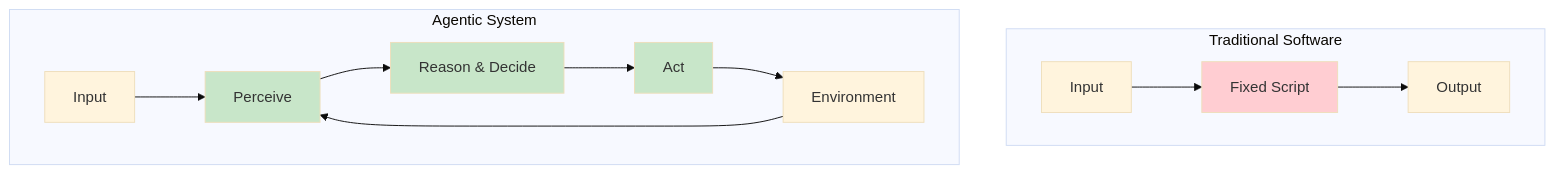
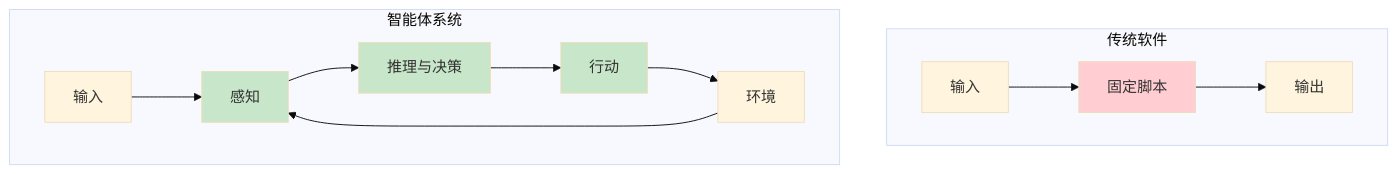
The first of 20 diagrams in i18n/zh-Hans/docusaurus-plugin-content-docs/current/ai/agents/design-patterns.mdx (YiWang24/AiDIY), drawn with Mermaid (base theme) before and after one commit. The commit also changed other lines of this file and 59 other files, not shown here.

````diff
--- a/i18n/zh-Hans/docusaurus-plugin-content-docs/current/ai/agents/design-patterns.mdx
+++ b/i18n/zh-Hans/docusaurus-plugin-content-docs/current/ai/agents/design-patterns.mdx
@@ -26,20 +26,20 @@
 ```mermaid
 flowchart TB
-    subgraph Traditional["Traditional Software"]
-        TI[Input] --> TF[Fixed Script]
-        TF --> TO[Output]
+    subgraph Traditional["传统软件"]
+        TI[输入] --> TF[固定脚本]
+        TF --> TO[输出]
     end
 
-    subgraph Agentic["Agentic System"]
-        AI[Input] --> AP[Perceive]
-        AP --> AR[Reason & Decide]
-        AR --> AA[Act]
-        AA --> AE[Environment]
+    subgraph Agentic["智能体系统"]
+        AI[输入] --> AP[感知]
+        AP --> AR[推理与决策]
+        AR --> AA[行动]
+        AA --> AE[环境]
         AE --> AP
     end
 
     style TF fill:#ffcdd2
     style AP fill:#c8e6c9
     style AR fill:#c8e6c9
     style AA fill:#c8e6c9
 ```
````
